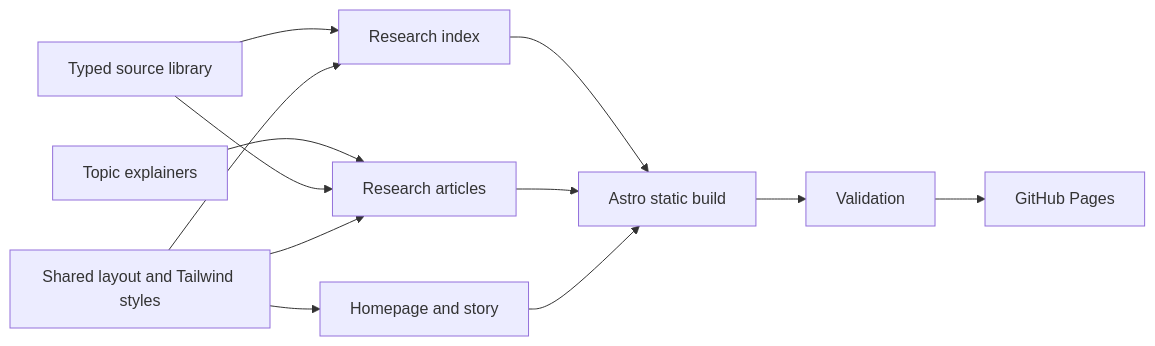
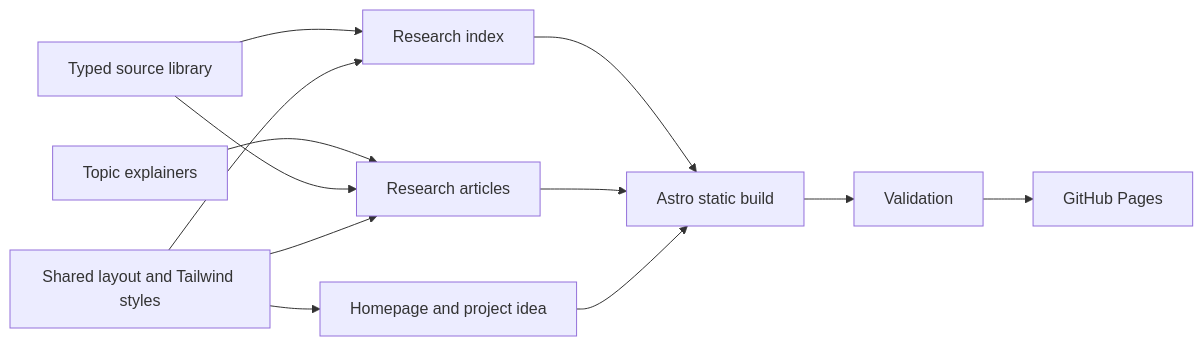
The diagram in README.md (crs48/freethepores), drawn with Mermaid before and after one commit. The commit also changed other lines of this file and 9 other files, not shown here.

````diff
--- a/README.md
+++ b/README.md
@@ -31,14 +31,14 @@
 ```mermaid
 flowchart LR
   S[Typed source library] --> R[Research index]
   T[Topic explainers] --> A[Research articles]
   S --> A
-  L[Shared layout and Tailwind styles] --> H[Homepage and story]
+  L[Shared layout and Tailwind styles] --> H[Homepage and project idea]
   L --> R
   L --> A
   R --> B[Astro static build]
   A --> B
   H --> B
   B --> V[Validation]
   V --> G[GitHub Pages]
 ```
````
